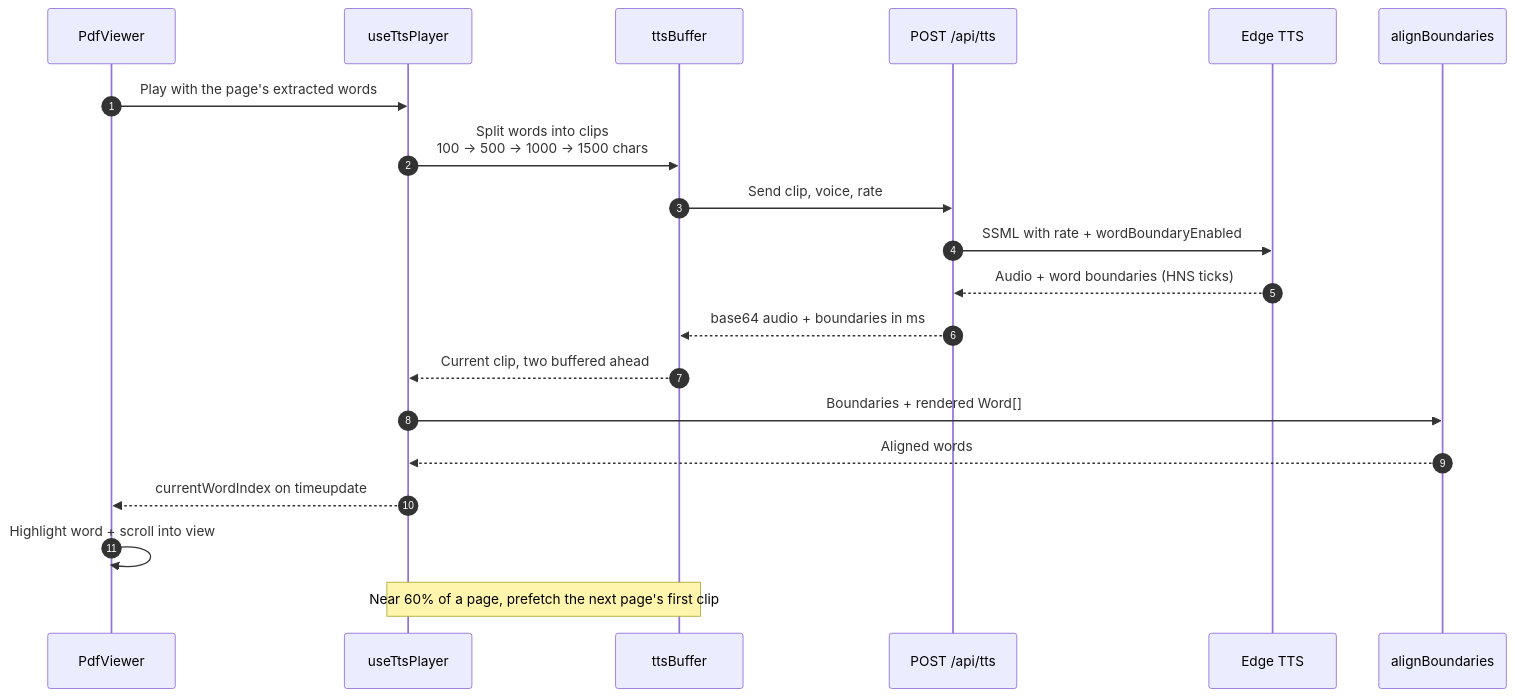
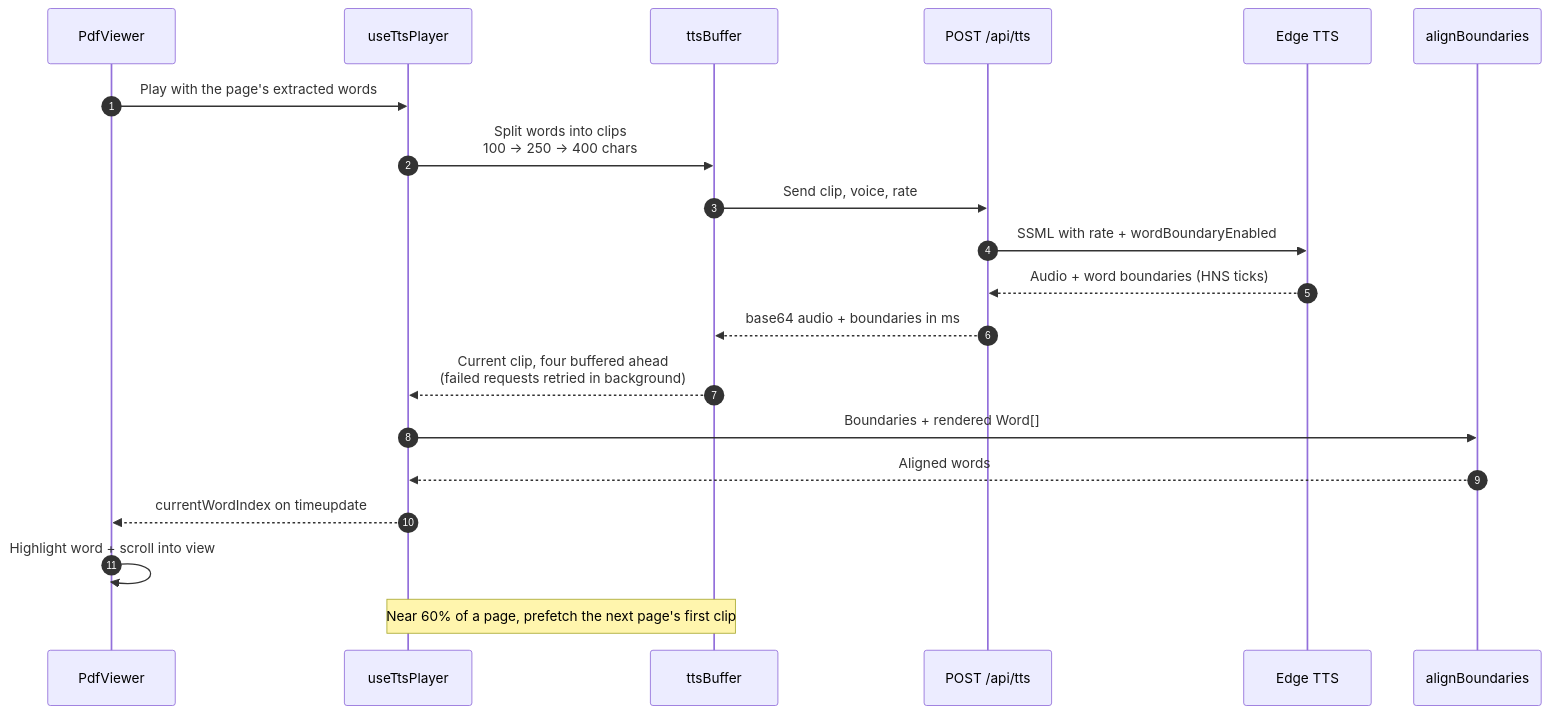
Before and after one commit to udyan-upal/readr: the second of 3 diagrams in README.md, drawn with Mermaid. The commit also changed other lines of this file and 13 other files, not shown here.

````diff
--- a/README.md
+++ b/README.md
@@ -149,23 +202,23 @@
 ```mermaid
 sequenceDiagram
 	autonumber
 	participant V as PdfViewer
 	participant P as useTtsPlayer
 	participant B as ttsBuffer
 	participant API as POST /api/tts
 	participant E as Edge TTS
 	participant A as alignBoundaries
 
 	V->>P: Play with the page's extracted words
-	P->>B: Split words into clips<br/>100 → 500 → 1000 → 1500 chars
+	P->>B: Split words into clips<br/>100 → 250 → 400 chars
 	B->>API: Send clip, voice, rate
 	API->>E: SSML with rate + wordBoundaryEnabled
 	E-->>API: Audio + word boundaries (HNS ticks)
 	API-->>B: base64 audio + boundaries in ms
-	B-->>P: Current clip, two buffered ahead
+	B-->>P: Current clip, four buffered ahead<br/>(failed requests retried in background)
 	P->>A: Boundaries + rendered Word[]
 	A-->>P: Aligned words
 	P-->>V: currentWordIndex on timeupdate
 	V->>V: Highlight word + scroll into view
 	Note over P,B: Near 60% of a page, prefetch the next page's first clip
 ```
````
